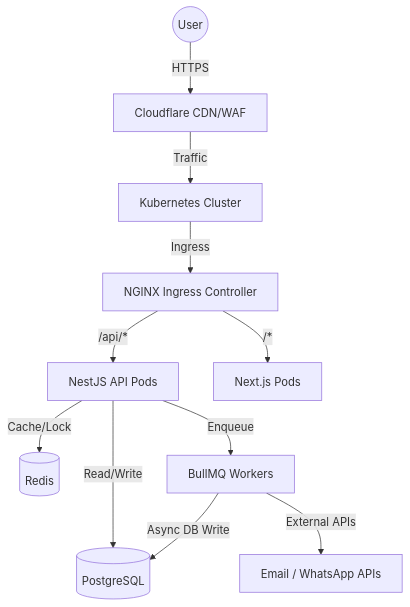
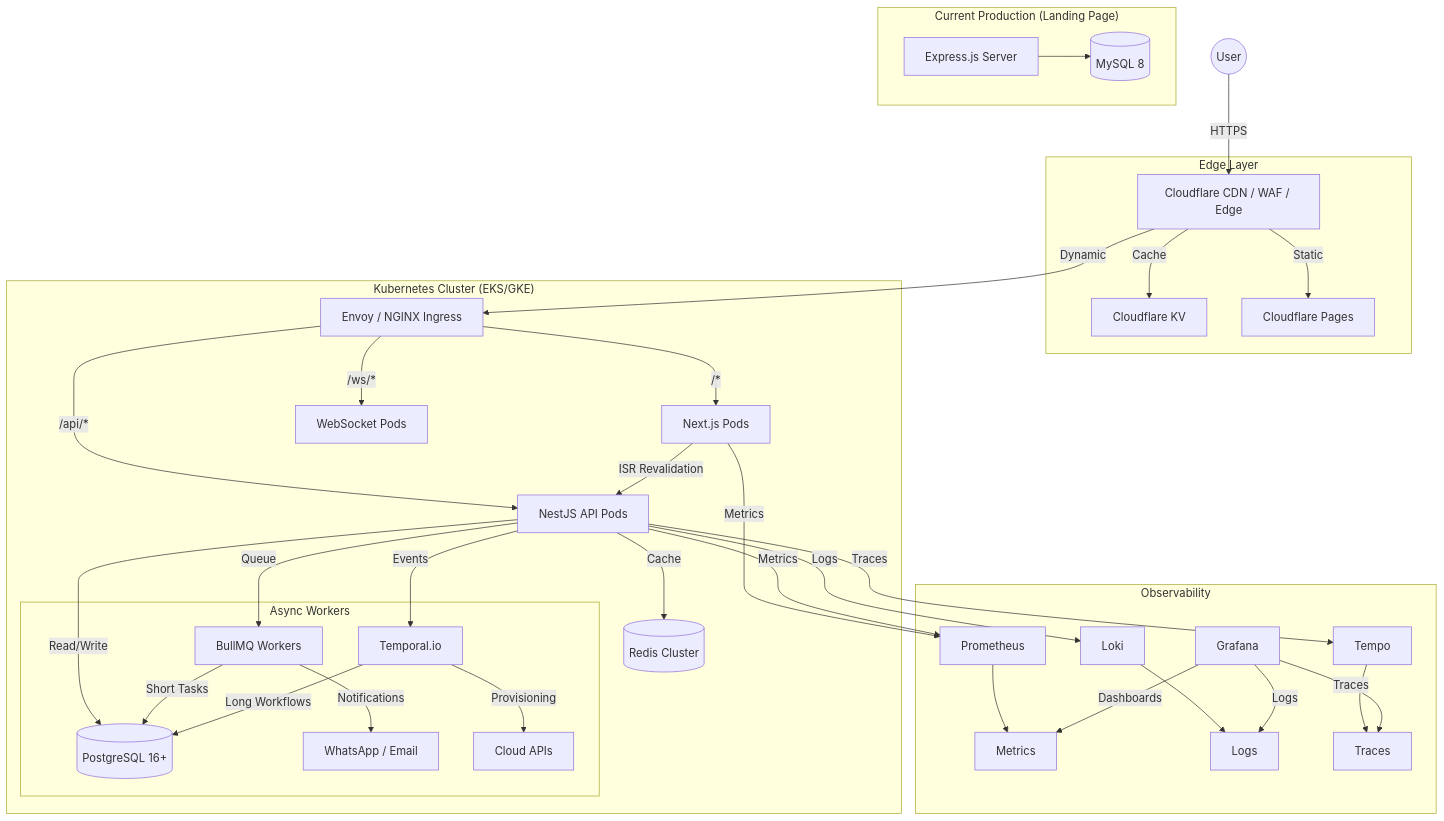
Before and after one commit to Developer-lokesh07/GymProject: the first of 20 diagrams in SSOT.md, drawn with Mermaid. The commit also changed other lines of this file, not shown here.

Commit message:
docs: rewrite SSOT.md to define v4.0.0 enterprise architecture and remove AI-dependent features

````diff
--- a/SSOT.md
+++ b/SSOT.md
@@ -56,14 +205,49 @@
 ```mermaid
-graph TD
-    User((User)) -->|HTTPS| CF[Cloudflare CDN/WAF]
-    CF -->|Traffic| K8s[Kubernetes Cluster]
-    K8s -->|Ingress| Nginx[NGINX Ingress Controller]
-    Nginx -->|/api/*| API[NestJS API Pods]
-    Nginx -->|/*| Web[Next.js Pods]
+graph TB
+    User((User)) -->|HTTPS| CF[Cloudflare CDN / WAF / Edge]
     
-    API -->|Read/Write| PG[(PostgreSQL)]
-    API -->|Cache/Lock| Redis[(Redis)]
-    API -->|Enqueue| Queue[BullMQ Workers]
-    Queue -->|Async DB Write| PG
-    Queue -->|External APIs| Ext[Email / WhatsApp APIs]
+    subgraph "Edge Layer"
+        CF -->|Cache| KV[Cloudflare KV]
+        CF -->|Static| CF_Pages[Cloudflare Pages]
+    end
+    
+    subgraph "Kubernetes Cluster (EKS/GKE)"
+        CF -->|Dynamic| Envoy[Envoy / NGINX Ingress]
+        Envoy -->|/*| NextJS[Next.js Pods]
+        Envoy -->|/api/*| NestJS[NestJS API Pods]
+        Envoy -->|/ws/*| WS[WebSocket Pods]
+        
+        NextJS -->|ISR Revalidation| NestJS
+        NestJS -->|Read/Write| PG[(PostgreSQL 16+)]
+        NestJS -->|Cache| Redis[(Redis Cluster)]
+        NestJS -->|Events| Temporal[Temporal.io]
+        NestJS -->|Queue| BullMQ[BullMQ Workers]
+        
+        subgraph "Async Workers"
+            BullMQ -->|Short Tasks| PG
+            Temporal -->|Long Workflows| PG
+            BullMQ -->|Notifications| Ext[WhatsApp / Email]
+            Temporal -->|Provisioning| Cloud[Cloud APIs]
+        end
+    end
+    
+    subgraph "Observability"
+        Prometheus[Prometheus] --> Metrics
+        Loki[Loki] --> Logs
+        Tempo[Tempo] --> Traces
+        Grafana[Grafana] -->|Dashboards| Metrics
+        Grafana -->|Logs| Logs
+        Grafana -->|Traces| Traces
+    end
+    
+    subgraph "Current Production (Landing Page)"
+        Express[Express.js Server]
+        MySQL[(MySQL 8)]
+        Express --> MySQL
+    end
+    
+    NextJS -->|Metrics| Prometheus
+    NestJS -->|Metrics| Prometheus
+    NestJS -->|Logs| Loki
+    NestJS -->|Traces| Tempo
 ```
````
